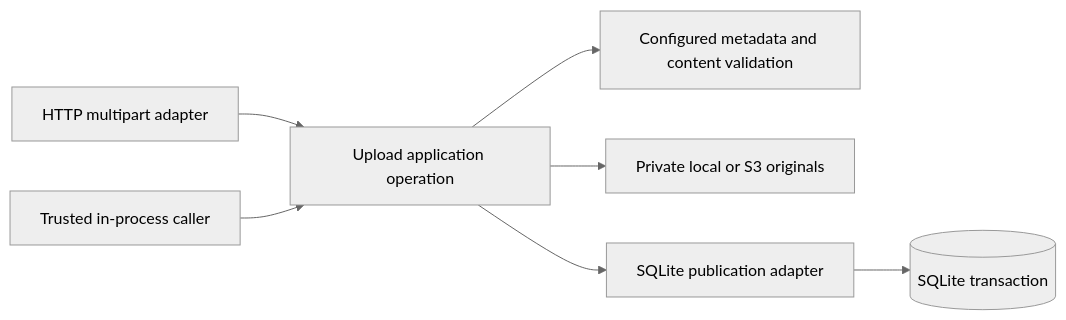
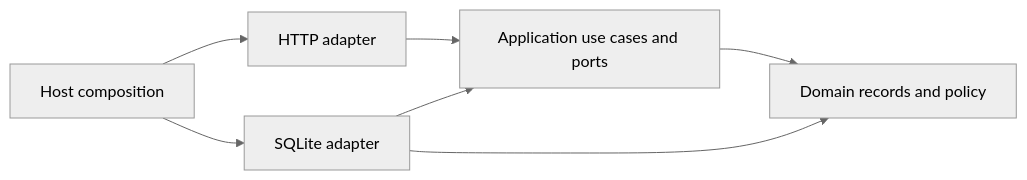
One commit to home-atlas/homeatlas changed the diagram in docs/architecture/README.md. Above: the diagram before and after it, drawn with Mermaid (neutral theme). The commit also changed other lines of this file and 161 other files, not shown here.

Commit message:
refactor: enforce domain application and adapter packages (#9)

````diff
--- a/docs/architecture/README.md
+++ b/docs/architecture/README.md
@@ -22,9 +32,9 @@
 ```mermaid
 flowchart LR
-  HTTP[HTTP multipart adapter] --> Case[Upload application operation]
-  Trusted[Trusted in-process caller] --> Case
-  Case --> Validation[Configured metadata and content validation]
-  Case --> Originals[Private local or S3 originals]
-  Case --> SQL[SQLite publication adapter]
-  SQL --> DB[(SQLite transaction)]
+  HTTP[HTTP adapter] --> App[Application use cases and ports]
+  App --> Domain[Domain records and policy]
+  SQL[SQLite adapter] --> App
+  SQL --> Domain
+  Host[Host composition] --> HTTP
+  Host --> SQL
 ```
````
